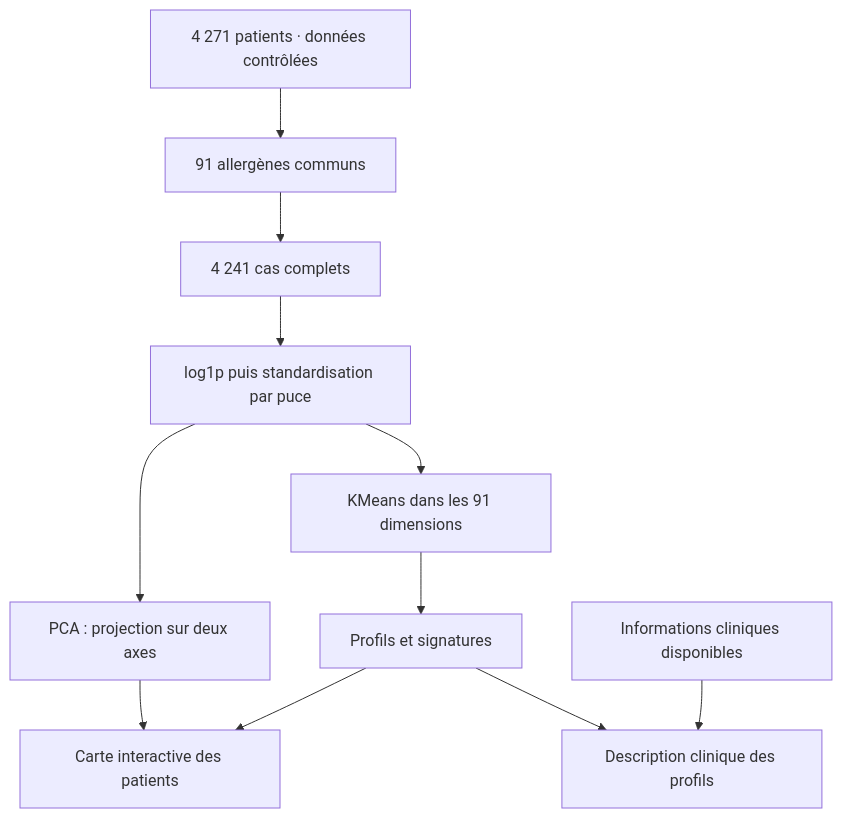
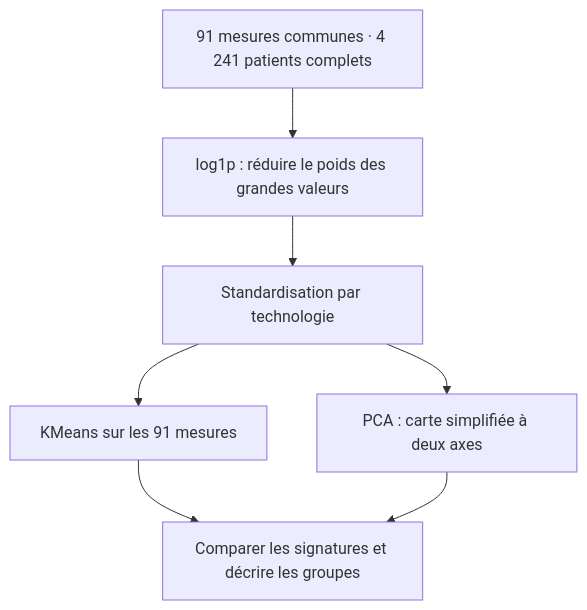
The diagram in docs/presentation.md (antonellagiovannetti/projet_dataviz), drawn with Mermaid before and after one commit. The commit also changed other lines of this file and 18 other files, not shown here.

````diff
--- a/docs/presentation.md
+++ b/docs/presentation.md
@@ -139,13 +110,9 @@
 ```mermaid
 flowchart TD
-    A["4 271 patients · données contrôlées"] --> B["91 allergènes communs"]
-    B --> C["4 241 cas complets"]
-    C --> D["log1p puis standardisation par puce"]
-    D --> E["KMeans dans les 91 dimensions"]
-    D --> F["PCA : projection sur deux axes"]
-    E --> G["Profils et signatures"]
-    F --> H["Carte interactive des patients"]
-    G --> H
-    G --> I["Description clinique des profils"]
-    J["Informations cliniques disponibles"] --> I
+    A["91 mesures communes · 4 241 patients complets"] --> B["log1p : réduire le poids des grandes valeurs"]
+    B --> C["Standardisation par technologie"]
+    C --> D["KMeans sur les 91 mesures"]
+    C --> E["PCA : carte simplifiée à deux axes"]
+    D --> F["Comparer les signatures et décrire les groupes"]
+    E --> F
 ```
````
